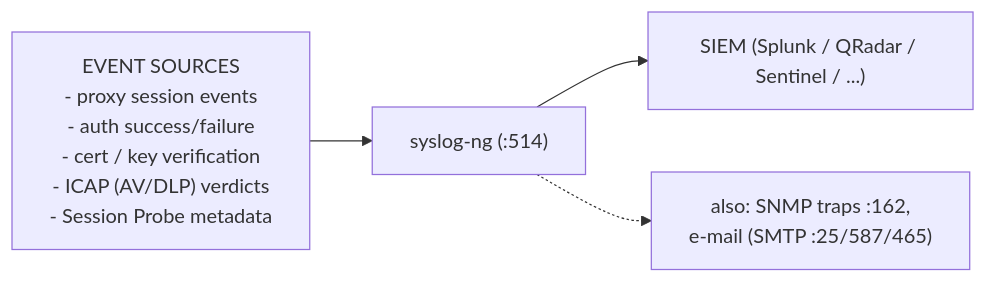
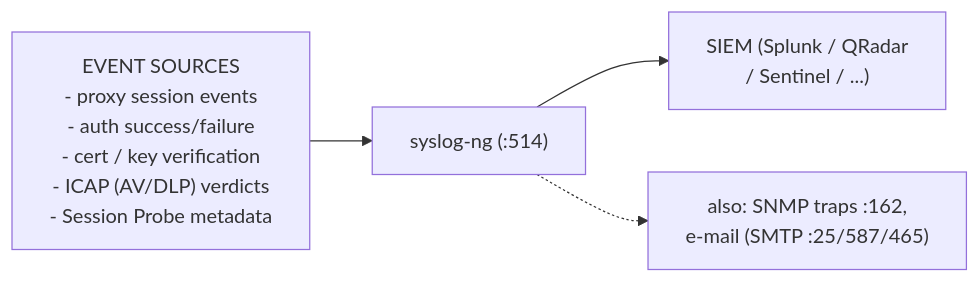
One commit to morandeirachema/WallixCerts changed the fourth of 5 diagrams in certs/wallix/deep-dives/troubleshooting-and-logs.md. Above: the diagram before and after it, drawn with Mermaid. The commit also changed other lines of this file and 35 other files, not shown here.

First line of the commit message:
Tidy Mermaid boxes: balanced wrapping at a narrower width (36)

````diff
--- a/certs/wallix/deep-dives/troubleshooting-and-logs.md
+++ b/certs/wallix/deep-dives/troubleshooting-and-logs.md
@@ -245,6 +245,6 @@
 ```mermaid
 flowchart LR
     Sources["EVENT SOURCES<br/>- proxy session events<br/>- auth success/failure<br/>- cert / key verification<br/>- ICAP (AV/DLP) verdicts<br/>- Session Probe metadata"] --> Syslog["syslog-ng (:514)"]
-    Syslog --> SIEM["SIEM (Splunk / QRadar / Sentinel / ...)"]
+    Syslog --> SIEM["SIEM (Splunk / QRadar<br/>/ Sentinel / ...)"]
     Syslog -.-> Other["also: SNMP traps :162,<br/>e-mail (SMTP :25/587/465)"]
 ```
````
